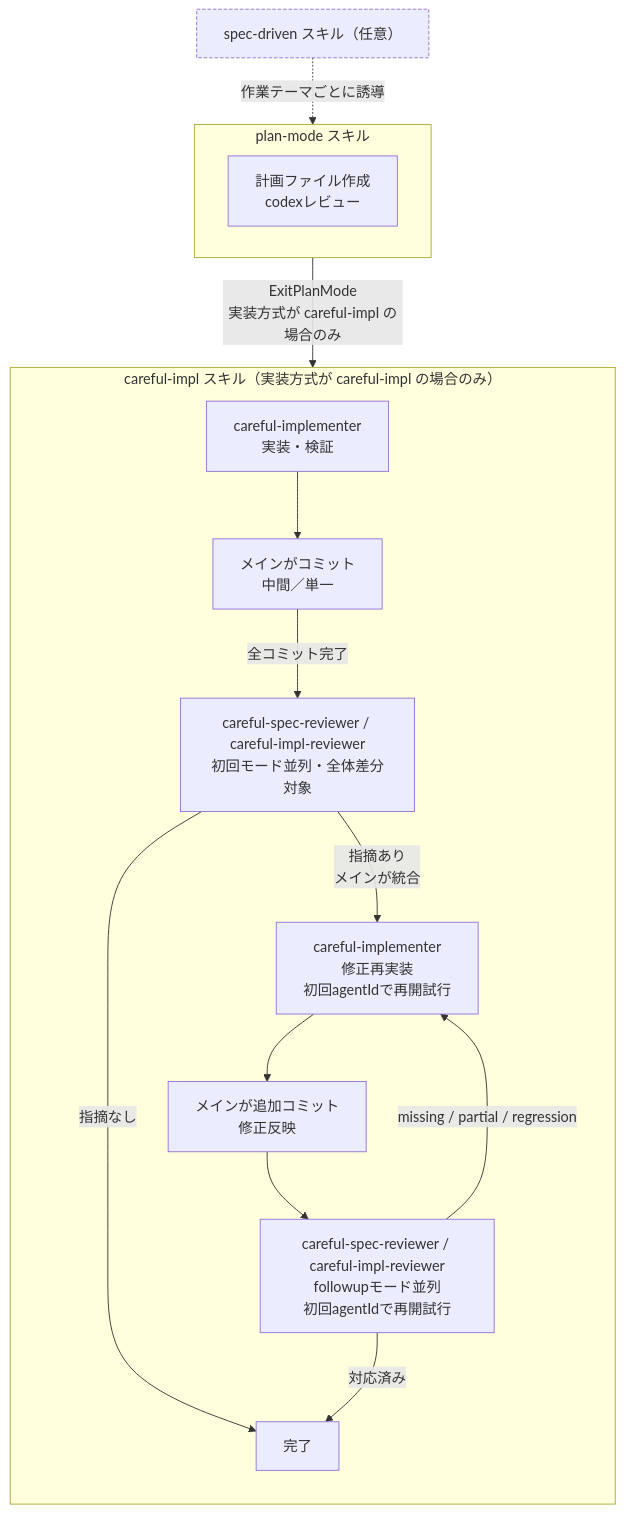
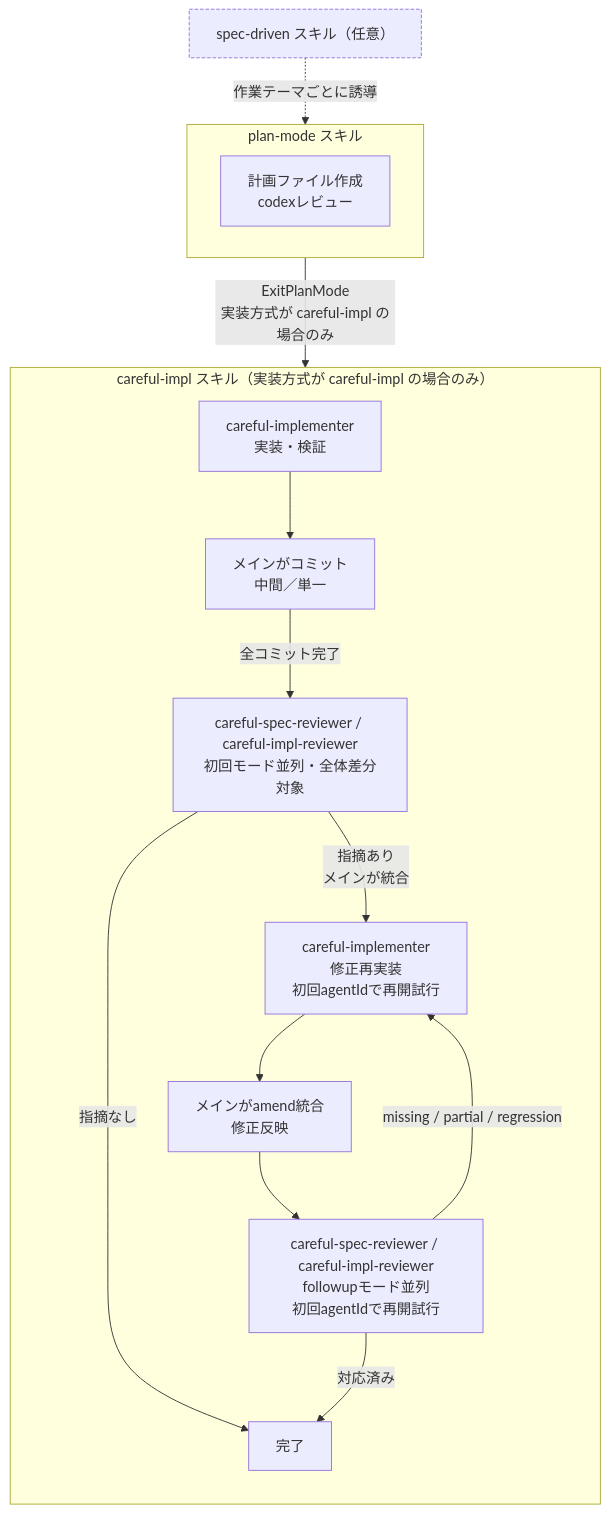
One commit to ak110/dotfiles changed the diagram in .claude/rules/agent-toolkit.md. Above: the diagram before and after it, drawn with Mermaid. The commit also changed 5 other files, not shown here.

````diff
--- a/.claude/rules/agent-toolkit.md
+++ b/.claude/rules/agent-toolkit.md
@@ -133,22 +133,22 @@
 ```mermaid
 flowchart TB
     SD["spec-driven スキル（任意）"]:::sd
     subgraph PM["plan-mode スキル"]
       P[計画ファイル作成<br/>codexレビュー]
     end
     subgraph PI["careful-impl スキル（実装方式が careful-impl の場合のみ）"]
       direction TB
       T[careful-implementer<br/>実装・検証] --> CM[メインがコミット<br/>中間／単一]
       CM -->|全コミット完了| R1[careful-spec-reviewer / careful-impl-reviewer<br/>初回モード並列・全体差分対象]
       R1 -->|指摘あり<br/>メインが統合| T2[careful-implementer<br/>修正再実装<br/>初回agentIdで再開試行]
-      T2 --> CFix[メインが追加コミット<br/>修正反映]
+      T2 --> CFix[メインがamend統合<br/>修正反映]
       CFix --> R2[careful-spec-reviewer / careful-impl-reviewer<br/>followupモード並列<br/>初回agentIdで再開試行]
       R2 -->|missing / partial / regression| T2
       R1 -->|指摘なし| END[完了]
       R2 -->|対応済み| END
     end
     SD -.->|作業テーマごとに誘導| PM
     PM -->|ExitPlanMode<br/>実装方式が careful-impl の場合のみ| PI
 
     classDef sd stroke-dasharray: 4 2
 ```
````
